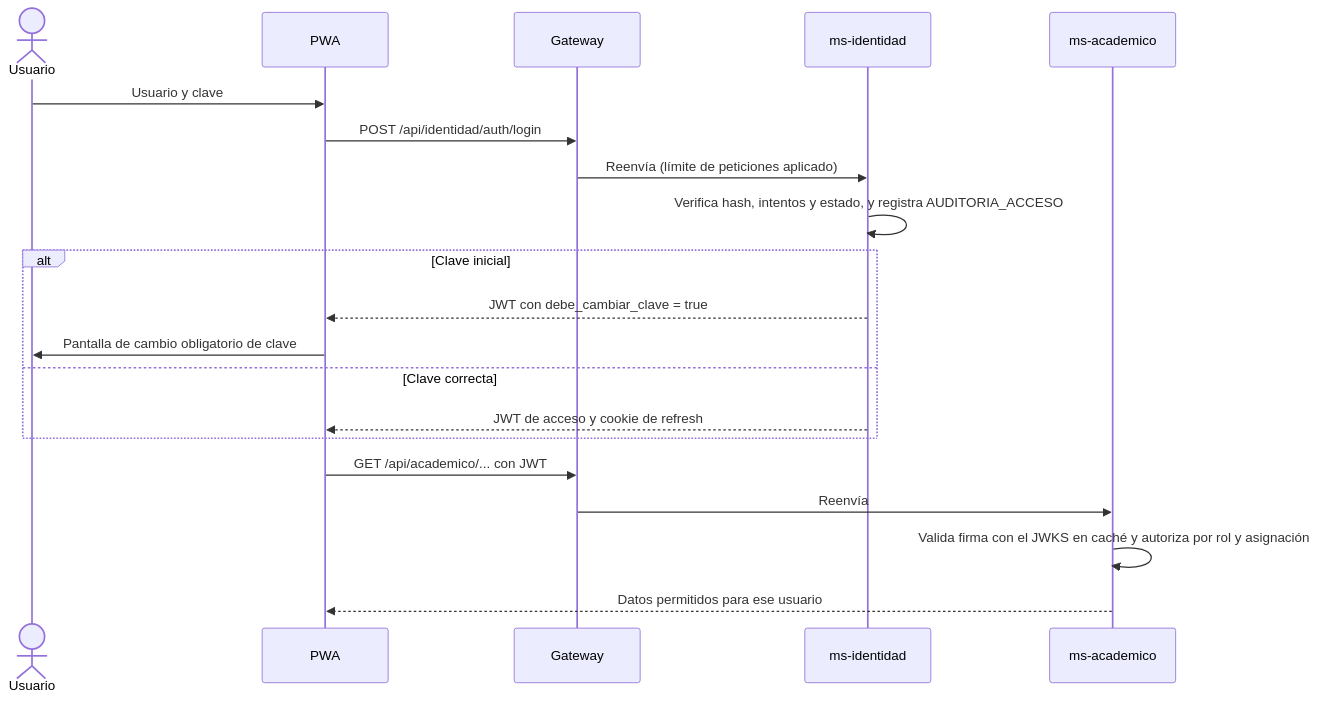
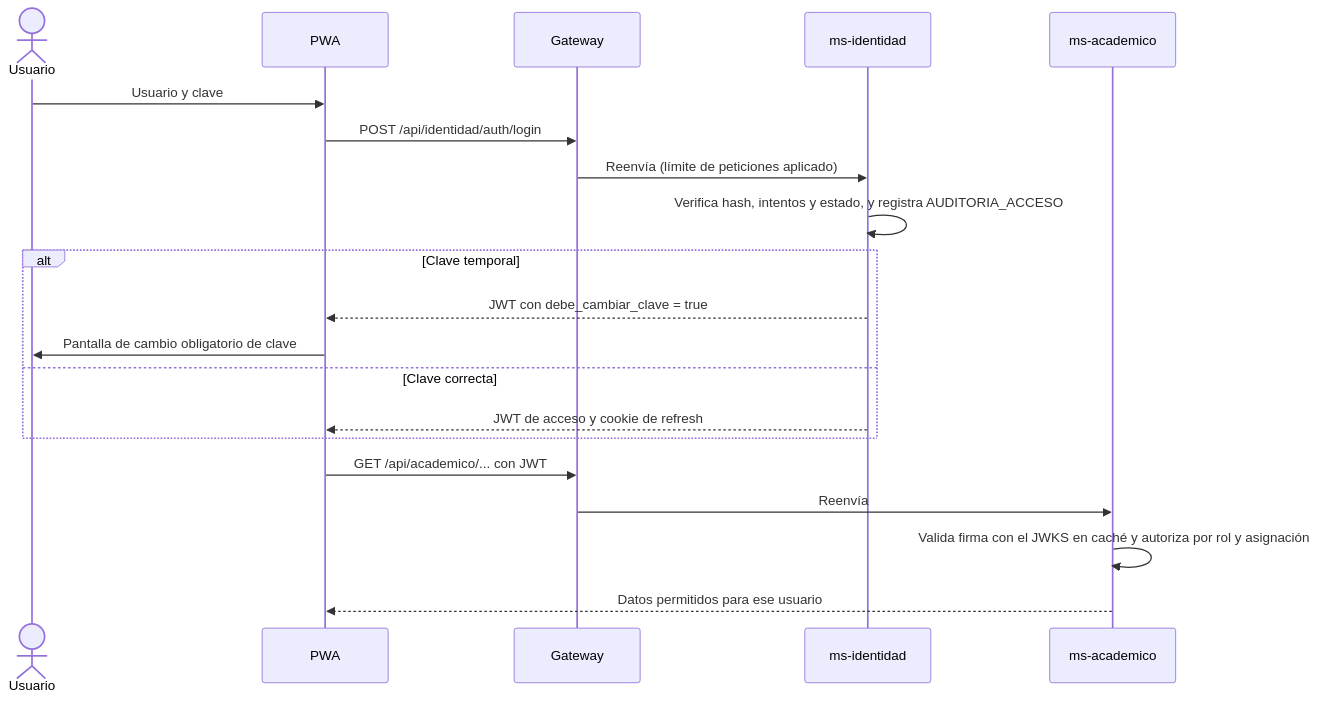
The fifth of 5 diagrams in docs/arquitectura/c4.md (SB-Solutions-EC/AulaConecta), drawn with Mermaid before and after one commit. The commit also changed other lines of this file and 96 other files, not shown here.

Commit message:
T1113-A: CI en verde, clave temporal (CR-02), endpoints de configuracion academica y alineacion con el Taller 2

````diff
--- a/docs/arquitectura/c4.md
+++ b/docs/arquitectura/c4.md
@@ -290,23 +291,23 @@
 ```mermaid
 sequenceDiagram
     actor U as Usuario
     participant P as PWA
     participant G as Gateway
     participant I as ms-identidad
     participant A as ms-academico
 
     U->>P: Usuario y clave
     P->>G: POST /api/identidad/auth/login
     G->>I: Reenvía (límite de peticiones aplicado)
     I->>I: Verifica hash, intentos y estado, y registra AUDITORIA_ACCESO
-    alt Clave inicial
+    alt Clave temporal
         I-->>P: JWT con debe_cambiar_clave = true
         P->>U: Pantalla de cambio obligatorio de clave
     else Clave correcta
         I-->>P: JWT de acceso y cookie de refresh
     end
     P->>G: GET /api/academico/... con JWT
     G->>A: Reenvía
     A->>A: Valida firma con el JWKS en caché y autoriza por rol y asignación
     A-->>P: Datos permitidos para ese usuario
 ```
````
